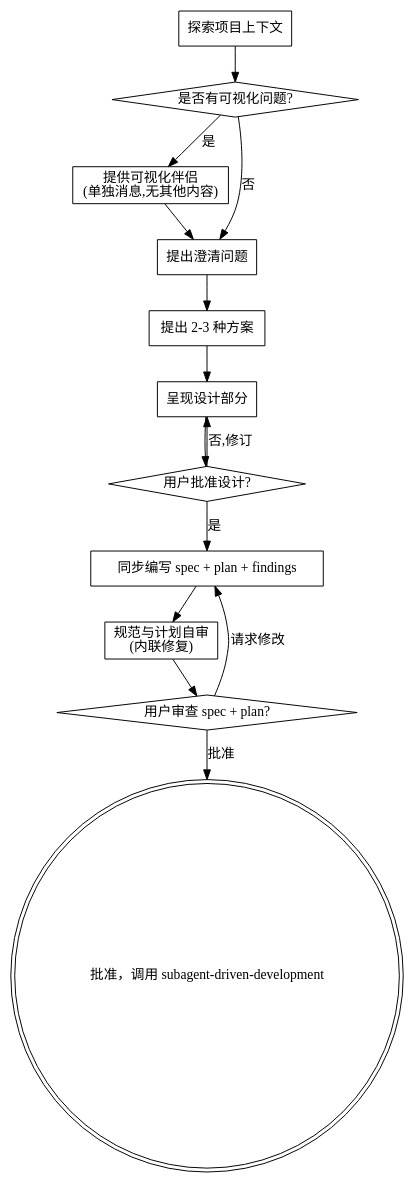
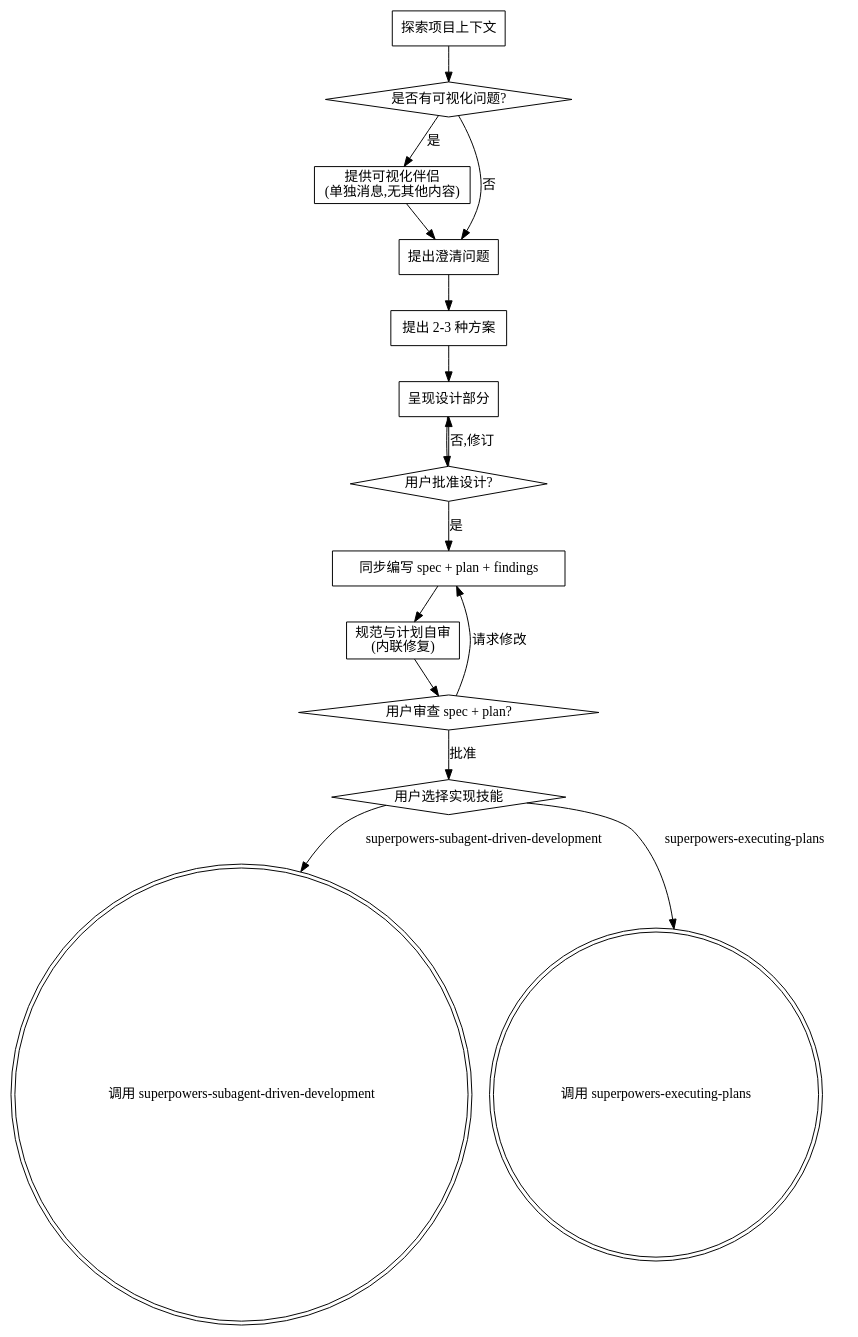
Before and after one commit to afk101/gd-claude-code-plugin: the diagram in skills/superpowers-brainstorming/SKILL.md, drawn with Graphviz. The commit also changed other lines of this file, not shown here.

````diff
--- a/skills/superpowers-brainstorming/SKILL.md
+++ b/skills/superpowers-brainstorming/SKILL.md
@@ -82,29 +82,33 @@
 ```dot
 digraph brainstorming {
     "探索项目上下文" [shape=box];
     "是否有可视化问题?" [shape=diamond];
     "提供可视化伴侣\n(单独消息,无其他内容)" [shape=box];
     "提出澄清问题" [shape=box];
     "提出 2-3 种方案" [shape=box];
     "呈现设计部分" [shape=box];
     "用户批准设计?" [shape=diamond];
     "同步编写 spec + plan + findings" [shape=box];
     "规范与计划自审\n(内联修复)" [shape=box];
     "用户审查 spec + plan?" [shape=diamond];
-    "批准，调用 subagent-driven-development" [shape=doublecircle];
+    "用户选择实现技能" [shape=diamond];
+    "调用 superpowers-subagent-driven-development" [shape=doublecircle];
+    "调用 superpowers-executing-plans" [shape=doublecircle];
 
     "探索项目上下文" -> "是否有可视化问题?";
     "是否有可视化问题?" -> "提供可视化伴侣\n(单独消息,无其他内容)" [label="是"];
     "是否有可视化问题?" -> "提出澄清问题" [label="否"];
     "提供可视化伴侣\n(单独消息,无其他内容)" -> "提出澄清问题";
     "提出澄清问题" -> "提出 2-3 种方案";
     "提出 2-3 种方案" -> "呈现设计部分";
     "呈现设计部分" -> "用户批准设计?";
     "用户批准设计?" -> "呈现设计部分" [label="否,修订"];
     "用户批准设计?" -> "同步编写 spec + plan + findings" [label="是"];
     "同步编写 spec + plan + findings" -> "规范与计划自审\n(内联修复)";
     "规范与计划自审\n(内联修复)" -> "用户审查 spec + plan?";
     "用户审查 spec + plan?" -> "同步编写 spec + plan + findings" [label="请求修改"];
-    "用户审查 spec + plan?" -> "批准，调用 subagent-driven-development" [label="批准"];
+    "用户审查 spec + plan?" -> "用户选择实现技能" [label="批准"];
+    "用户选择实现技能" -> "调用 superpowers-subagent-driven-development" [label="superpowers-subagent-driven-development"];
+    "用户选择实现技能" -> "调用 superpowers-executing-plans" [label="superpowers-executing-plans"];
 }
 ```
````
